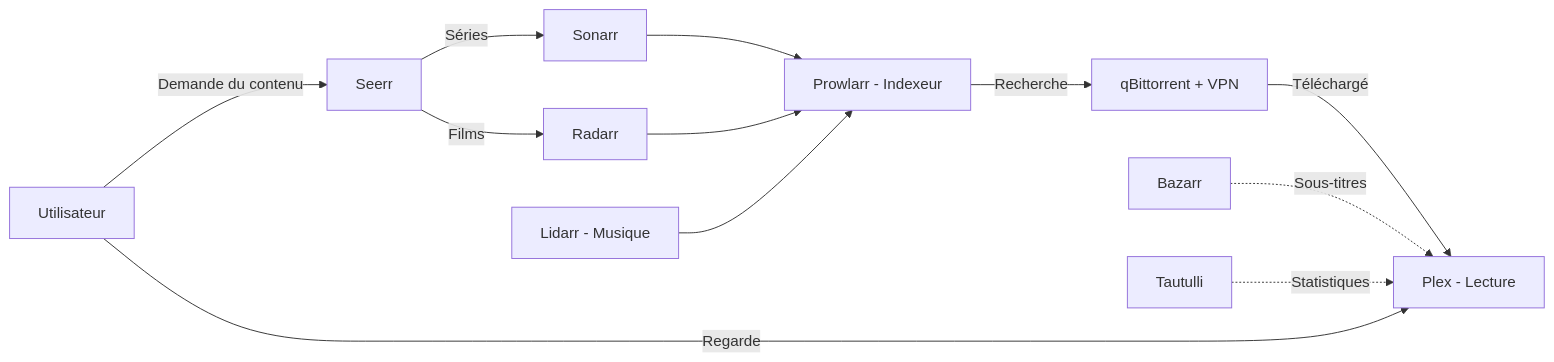
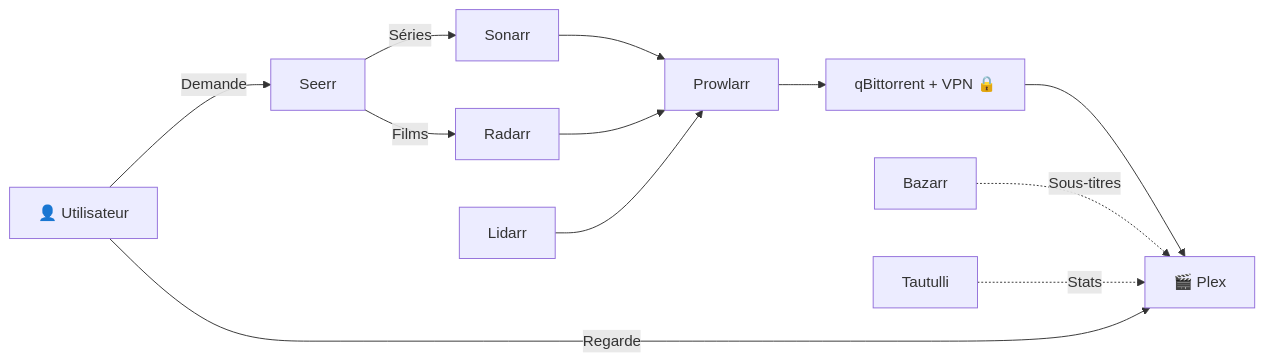
The second of 6 diagrams in README.md (Wifsimster/docker-setup), drawn with Mermaid before and after one commit. The commit also changed other lines of this file, not shown here.

````diff
--- a/README.md
+++ b/README.md
@@ -77,14 +44,12 @@
 ```mermaid
 graph LR
-    U[Utilisateur] -->|Demande du contenu| Seerr
+    U[👤 Utilisateur] -->|Demande| Seerr
     Seerr -->|Séries| Sonarr
     Seerr -->|Films| Radarr
-    Sonarr --> Prowlarr[Prowlarr - Indexeur]
-    Radarr --> Prowlarr
-    Lidarr[Lidarr - Musique] --> Prowlarr
-    Prowlarr -->|Recherche| qBit[qBittorrent + VPN]
-    qBit -->|Téléchargé| Plex[Plex - Lecture]
+    Sonarr & Radarr & Lidarr --> Prowlarr
+    Prowlarr --> qBit[qBittorrent + VPN 🔒]
+    qBit --> Plex[🎬 Plex]
     Bazarr -.->|Sous-titres| Plex
-    Tautulli -.->|Statistiques| Plex
+    Tautulli -.->|Stats| Plex
     U -->|Regarde| Plex
 ```
````
